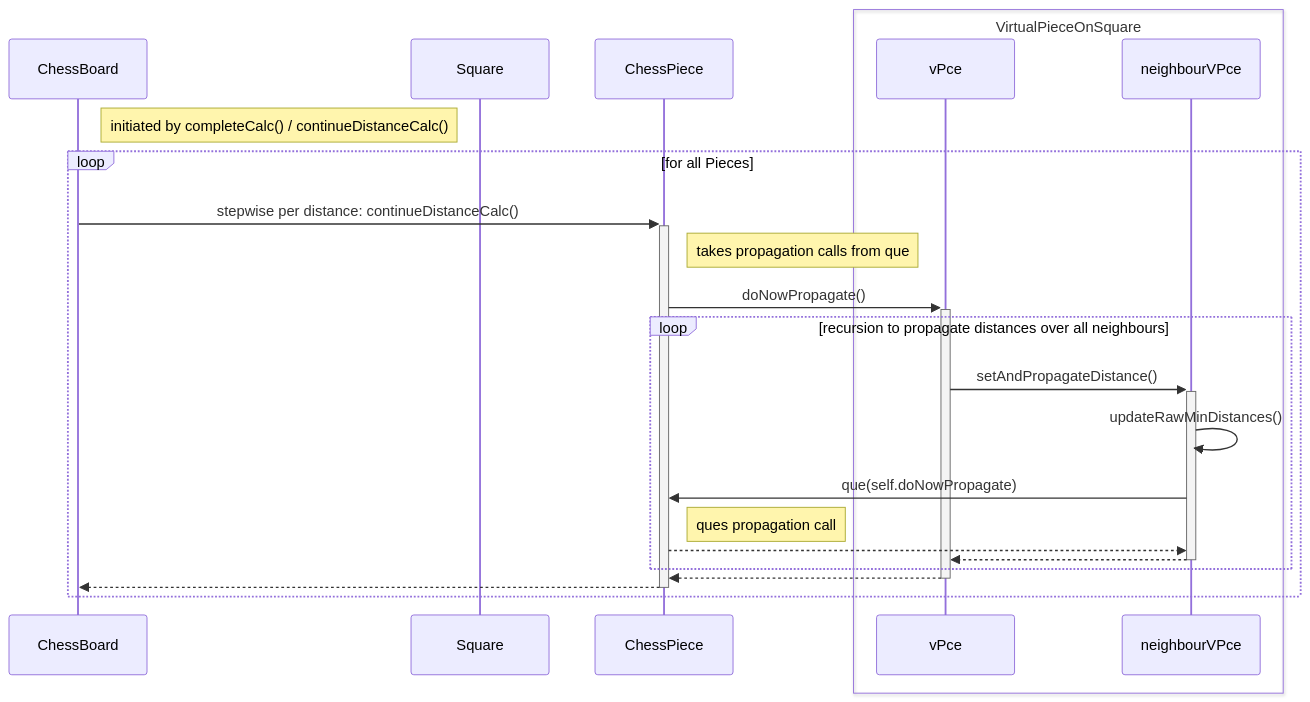
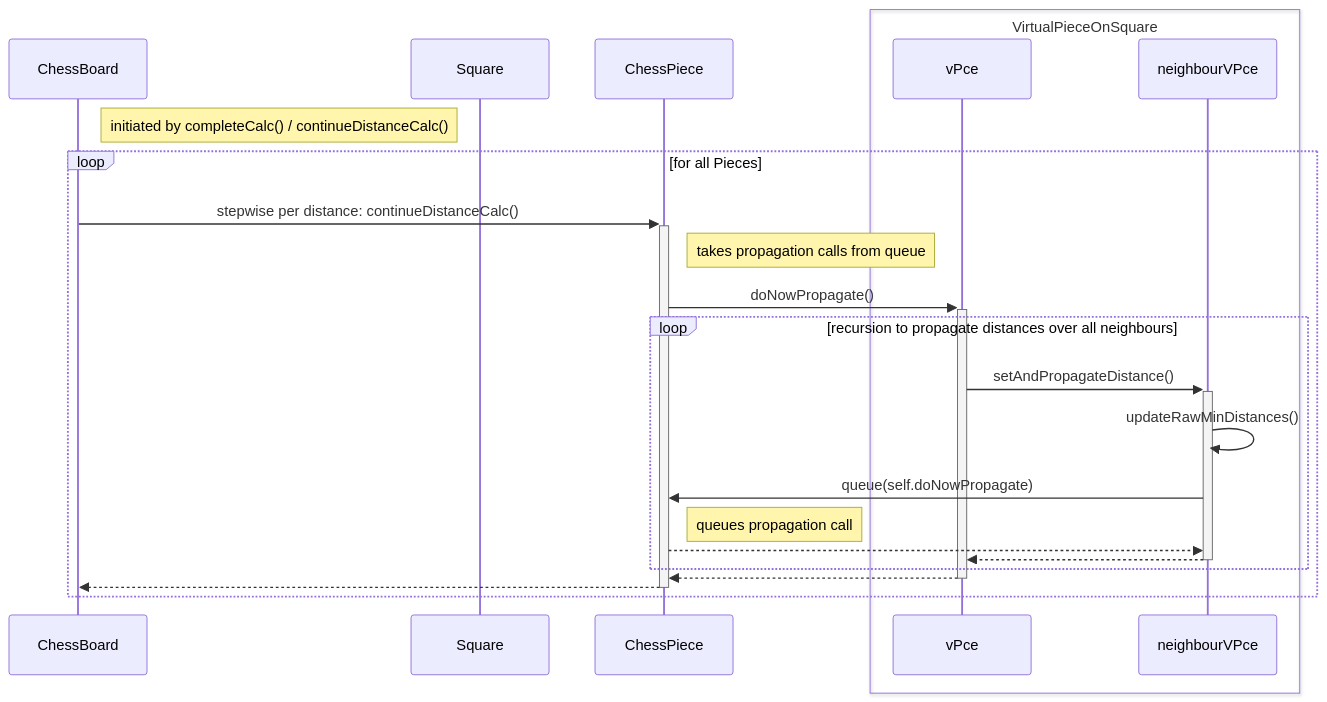
One commit to chrinspire/TideEval changed the second of 4 diagrams in src/doc/distUpdateFlow.md. Above: the diagram before and after it, drawn with Mermaid. The commit also changed other lines of this file, not shown here.

Commit message:
improves distUpdate flow diagrams and adds details for pawns

````diff
--- a/src/doc/distUpdateFlow.md
+++ b/src/doc/distUpdateFlow.md
@@ -60,29 +60,29 @@
 ```mermaid
 sequenceDiagram
     participant ChessBoard
     participant Square
     participant ChessPiece
     box VirtualPieceOnSquare
         participant vPce
         participant neighbourVPce
     end
 
     Note right of ChessBoard: initiated by completeCalc() /  continueDistanceCalc()
     loop for all Pieces
         ChessBoard->>+ChessPiece: stepwise per distance: continueDistanceCalc()
-        Note right of ChessPiece: takes propagation calls from que
+        Note right of ChessPiece: takes propagation calls from queue
         ChessPiece->>+vPce: doNowPropagate()
         loop recursion to propagate distances over all neighbours
             vPce->>+neighbourVPce: setAndPropagateDistance()
             neighbourVPce->>neighbourVPce: updateRawMinDistances()
-            neighbourVPce->>ChessPiece: que(self.doNowPropagate)
-            Note right of ChessPiece: ques propagation call
+            neighbourVPce->>ChessPiece: queue(self.doNowPropagate)
+            Note right of ChessPiece: queues propagation call
             ChessPiece-->>neighbourVPce: 
             neighbourVPce-->>-vPce: 
         end
         vPce-->>-ChessPiece: 
         ChessPiece-->>-ChessBoard: 
     end
-    
+
 
 ```
````
